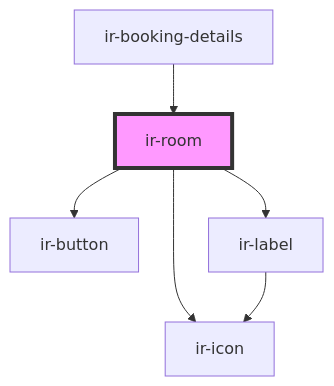
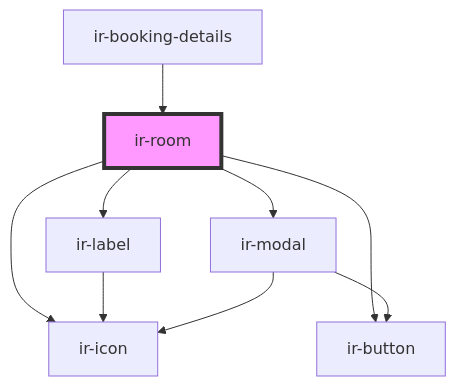
Before and after one commit to RonyRizk/ir-webcmp: the diagram in src/components/ir-booking-details/ir-room/readme.md, drawn with Mermaid. The commit also changed other lines of this file and 58 other files, not shown here.

````diff
--- a/src/components/ir-booking-details/ir-room/readme.md
+++ b/src/components/ir-booking-details/ir-room/readme.md
@@ -44,9 +52,12 @@
 ```mermaid
 graph TD;
   ir-room --> ir-icon
   ir-room --> ir-button
   ir-room --> ir-label
+  ir-room --> ir-modal
   ir-label --> ir-icon
+  ir-modal --> ir-icon
+  ir-modal --> ir-button
   ir-booking-details --> ir-room
   style ir-room fill:#f9f,stroke:#333,stroke-width:4px
 ```
````
